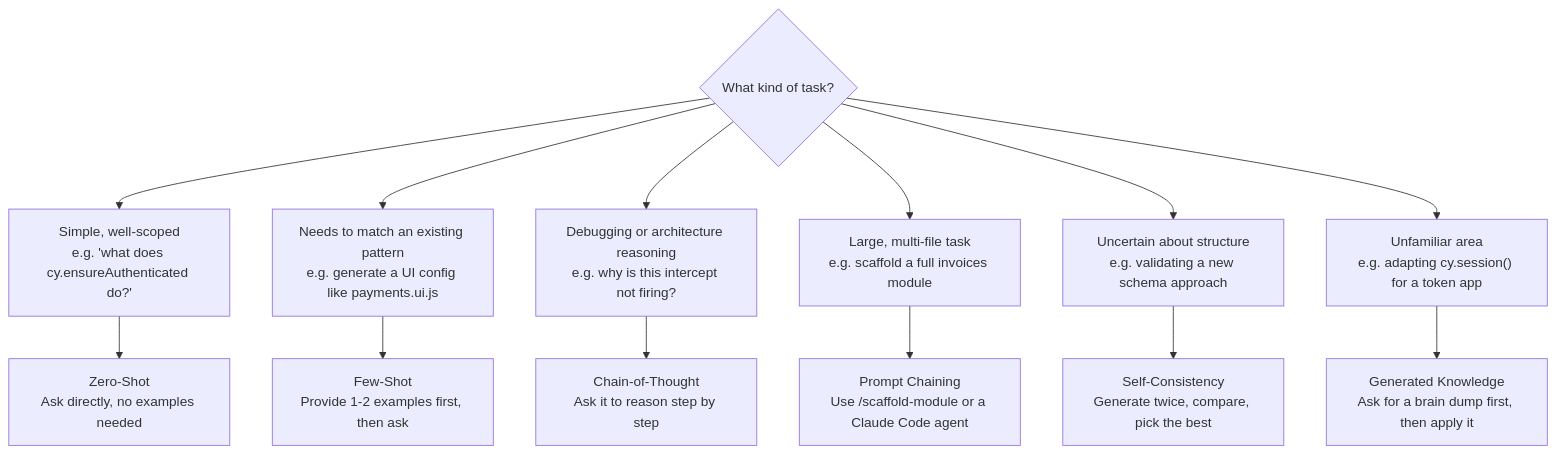
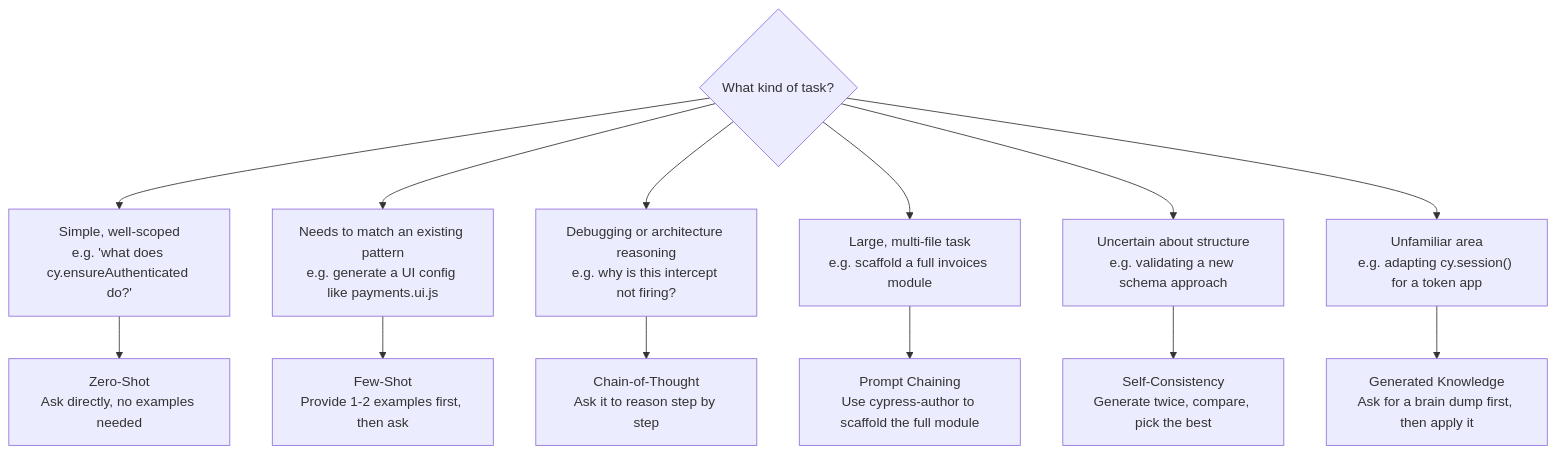
Before and after one commit to lfyagya/cypress-automation-boilerplate: the diagram in docs/guides/prompting-guide.md, drawn with Mermaid. The commit also changed other lines of this file and 102 other files, not shown here.

````diff
--- a/docs/guides/prompting-guide.md
+++ b/docs/guides/prompting-guide.md
@@ -22,18 +22,18 @@
 ```mermaid
 flowchart TD
     Q{"What kind of task?"}
 
     Q --> T1["Simple, well-scoped\ne.g. 'what does cy.ensureAuthenticated do?'"]
     Q --> T2["Needs to match an existing pattern\ne.g. generate a UI config like payments.ui.js"]
     Q --> T3["Debugging or architecture reasoning\ne.g. why is this intercept not firing?"]
     Q --> T4["Large, multi-file task\ne.g. scaffold a full invoices module"]
     Q --> T5["Uncertain about structure\ne.g. validating a new schema approach"]
     Q --> T6["Unfamiliar area\ne.g. adapting cy.session() for a token app"]
 
     T1 --> A1["Zero-Shot\nAsk directly, no examples needed"]
     T2 --> A2["Few-Shot\nProvide 1-2 examples first, then ask"]
     T3 --> A3["Chain-of-Thought\nAsk it to reason step by step"]
-    T4 --> A4["Prompt Chaining\nUse /scaffold-module or a Claude Code agent"]
+    T4 --> A4["Prompt Chaining\nUse cypress-author to scaffold the full module"]
     T5 --> A5["Self-Consistency\nGenerate twice, compare, pick the best"]
     T6 --> A6["Generated Knowledge\nAsk for a brain dump first, then apply it"]
 ```
````
